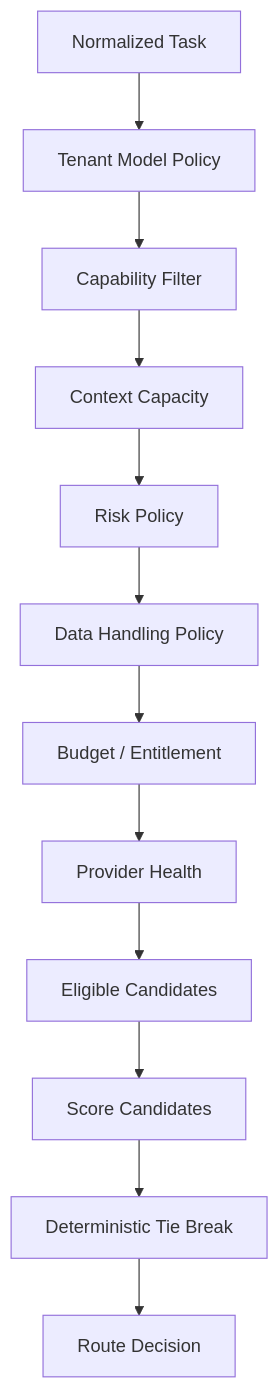
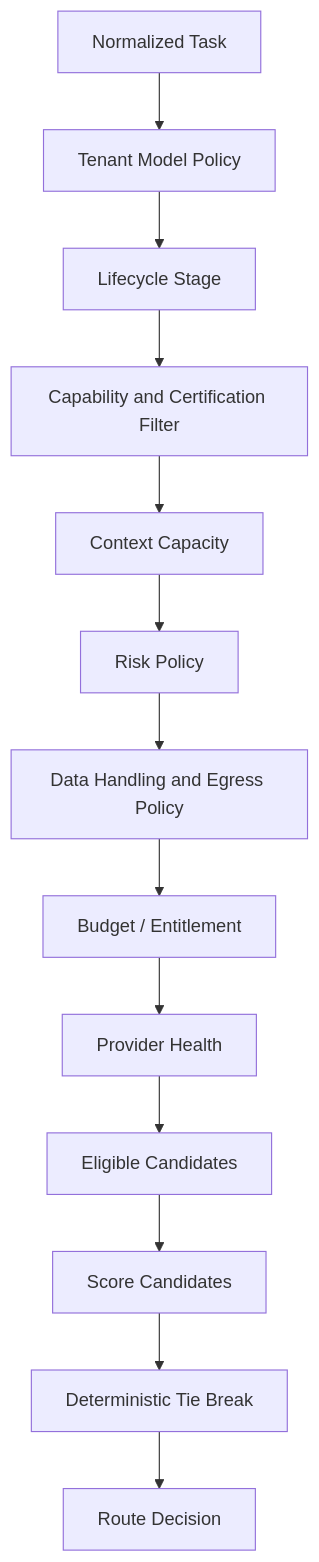
Before and after one commit to D-engahmed/OMILINKS: the first of 3 diagrams in docs/ai/model-routing.md, drawn with Mermaid. The commit also changed other lines of this file and 81 other files, not shown here.

```diff
--- a/docs/ai/model-routing.md
+++ b/docs/ai/model-routing.md
@@ -58,14 +74,15 @@
 ~~~mermaid
 flowchart TD
 TASK[Normalized Task] --> TENANT[Tenant Model Policy]
-TENANT --> CAP[Capability Filter]
+TENANT --> STAGE[Lifecycle Stage]
+STAGE --> CAP[Capability and Certification Filter]
 CAP --> CTX[Context Capacity]
 CTX --> RISK[Risk Policy]
-RISK --> DATA[Data Handling Policy]
+RISK --> DATA[Data Handling and Egress Policy]
 DATA --> BUDGET[Budget / Entitlement]
 BUDGET --> HEALTH[Provider Health]
 HEALTH --> SET[Eligible Candidates]
 SET --> SCORE[Score Candidates]
 SCORE --> TIE[Deterministic Tie Break]
 TIE --> DECISION[Route Decision]
 ~~~
```
